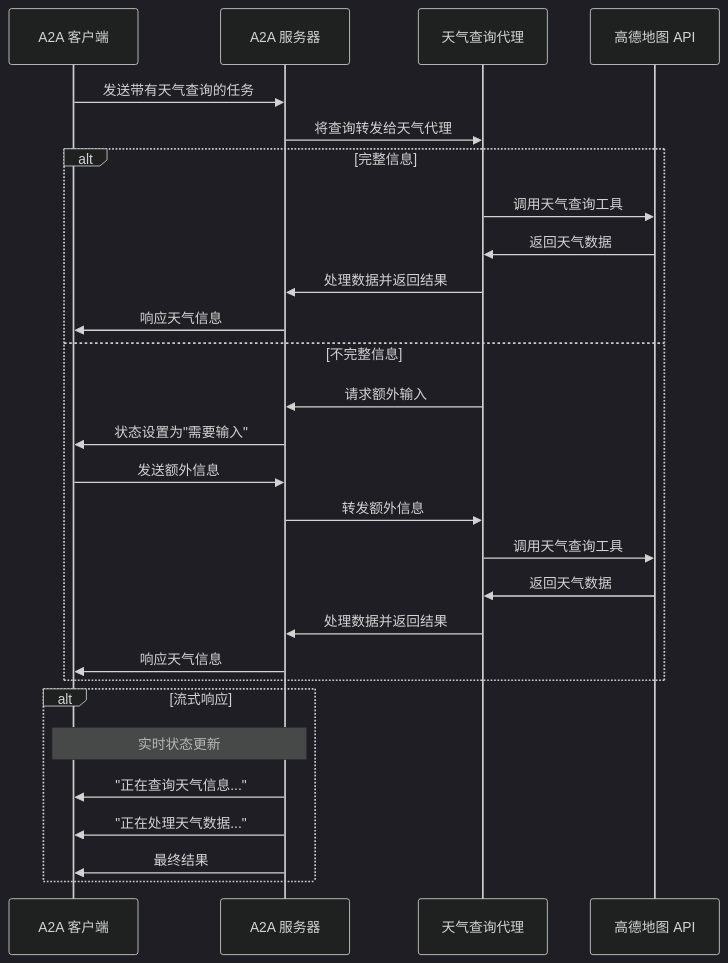
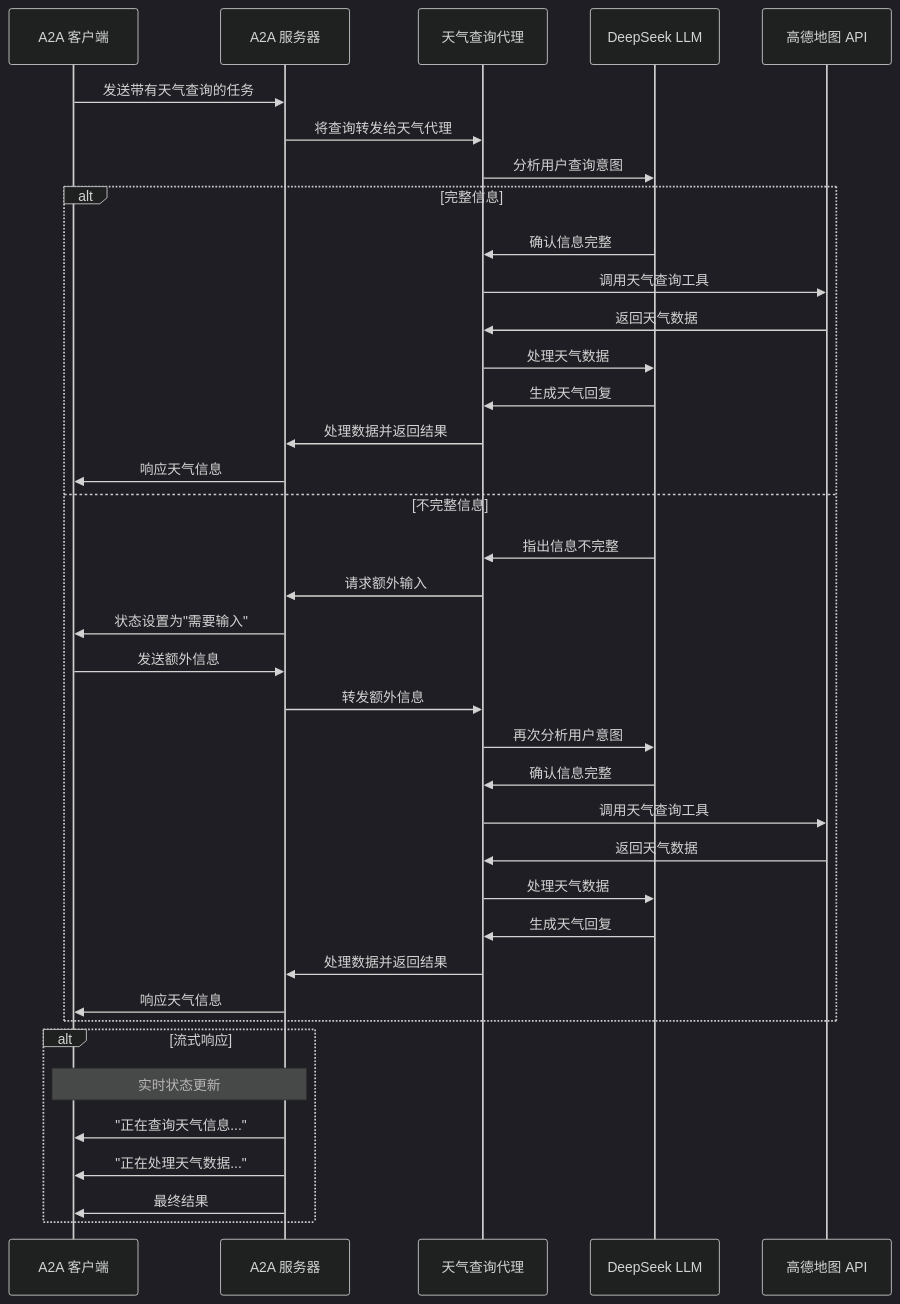
One commit to sarahxu0205/A2A_WEATER changed the diagram in README.md. Above: the diagram before and after it, drawn with Mermaid (dark theme).

Commit message:
优化流程图,添加llm

````diff
--- a/README.md
+++ b/README.md
@@ -7,33 +7,44 @@
 ```mermaid
 sequenceDiagram
     participant Client as A2A 客户端
     participant Server as A2A 服务器
     participant Agent as 天气查询代理
+    participant LLM as DeepSeek LLM
     participant API as 高德地图 API
 
     Client->>Server: 发送带有天气查询的任务
     Server->>Agent: 将查询转发给天气代理
+    
+    Agent->>LLM: 分析用户查询意图
 
     alt 完整信息
+        LLM->>Agent: 确认信息完整
         Agent->>API: 调用天气查询工具
         API->>Agent: 返回天气数据
+        Agent->>LLM: 处理天气数据
+        LLM->>Agent: 生成天气回复
         Agent->>Server: 处理数据并返回结果
         Server->>Client: 响应天气信息
     else 不完整信息
+        LLM->>Agent: 指出信息不完整
         Agent->>Server: 请求额外输入
         Server->>Client: 状态设置为"需要输入"
         Client->>Server: 发送额外信息
         Server->>Agent: 转发额外信息
+        Agent->>LLM: 再次分析用户意图
+        LLM->>Agent: 确认信息完整
         Agent->>API: 调用天气查询工具
         API->>Agent: 返回天气数据
+        Agent->>LLM: 处理天气数据
+        LLM->>Agent: 生成天气回复
         Agent->>Server: 处理数据并返回结果
         Server->>Client: 响应天气信息
     end
 
     alt 流式响应
         Note over Client,Server: 实时状态更新
         Server->>Client: "正在查询天气信息..."
         Server->>Client: "正在处理天气数据..."
         Server->>Client: 最终结果
     end
 ```
````
